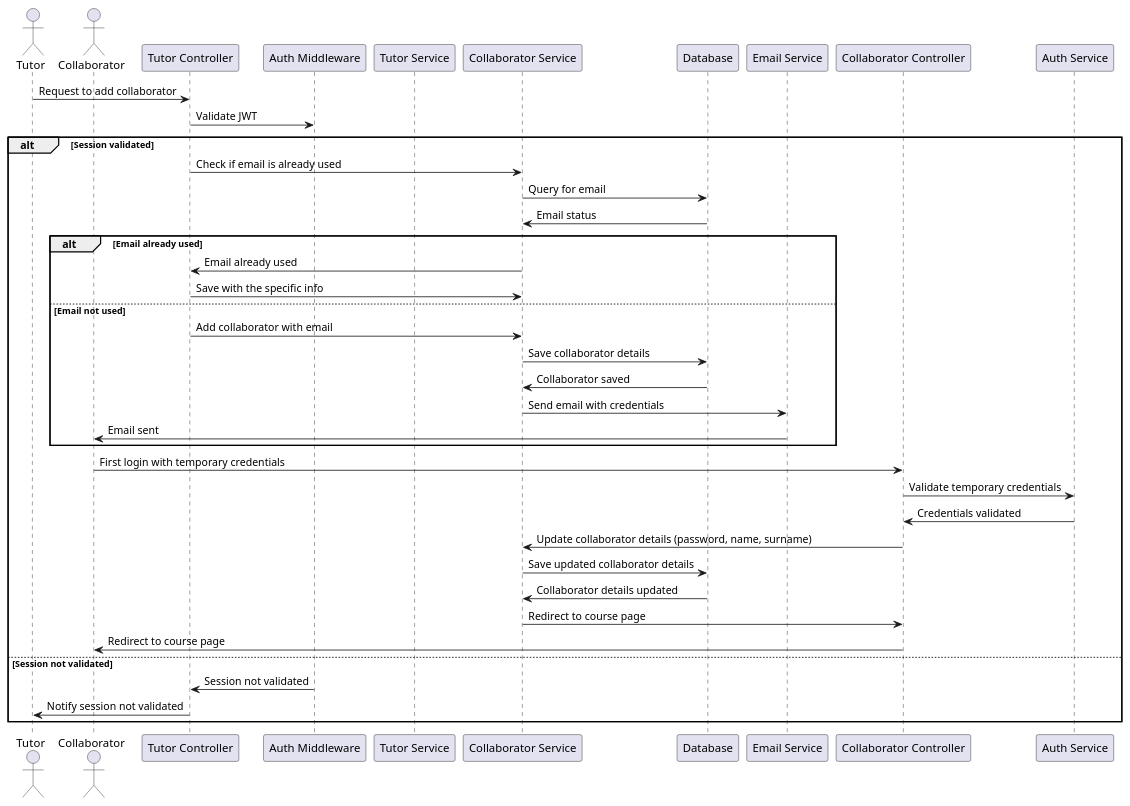
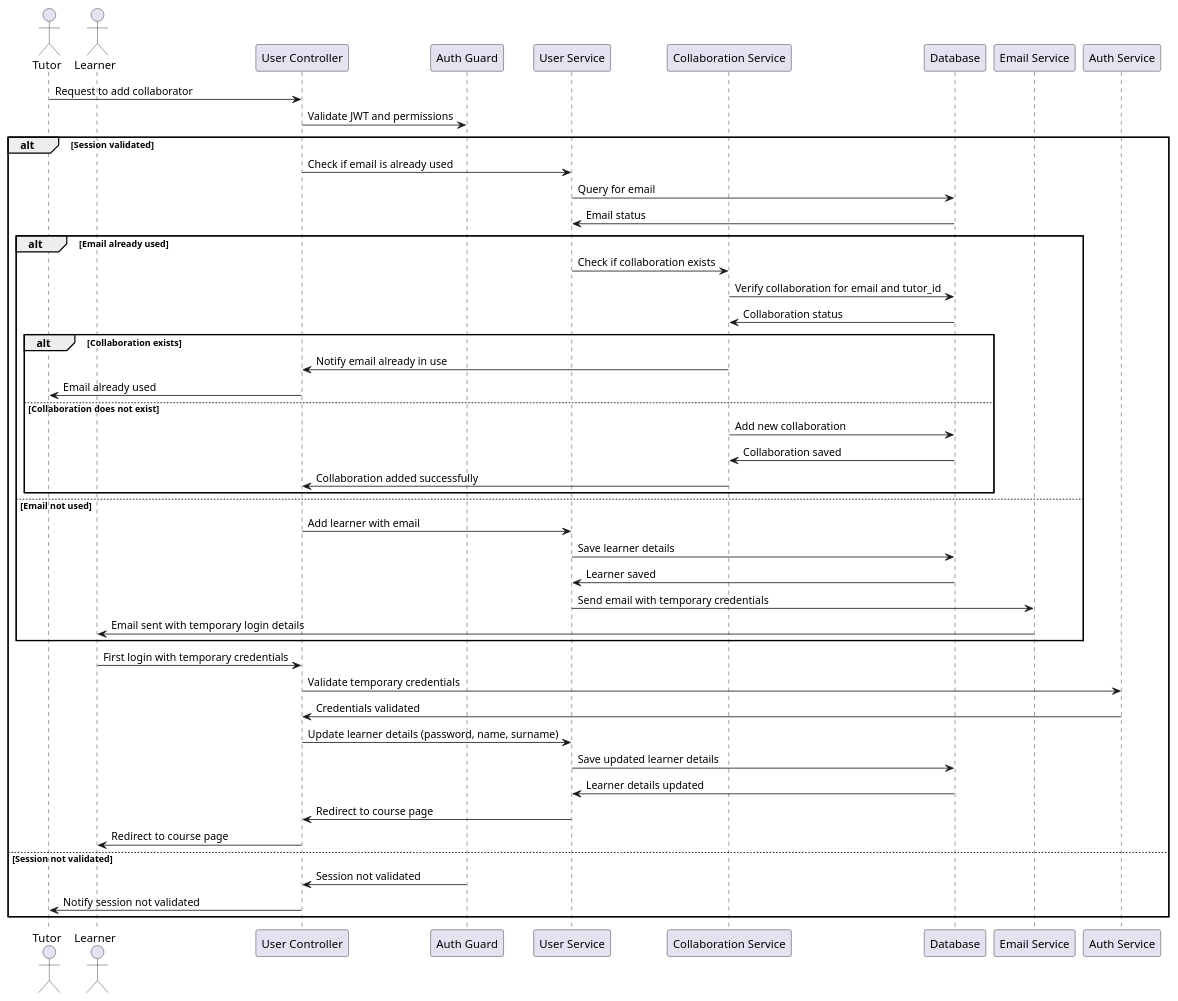
One commit to Davidben75/Elearn_api changed the diagram in UML/sequence/sequence_onboarding.pu. Above: the diagram before and after it, drawn with PlantUML. The commit also changed 3 other files, not shown here.

Commit message:
Update UML

```diff
--- a/UML/sequence/sequence_onboarding.pu
+++ b/UML/sequence/sequence_onboarding.pu
@@ -1,42 +1,51 @@
 @startuml "Sequence onboarding"
 actor Tutor
-actor Collaborator
-participant "Tutor Controller" as TutorController
-participant "Auth Middleware" as AuthMiddleware
-participant "Tutor Service" as TutorService
-participant "Collaborator Service" as CollaboratorService
+actor Learner
+participant "User Controller" as UserController
+participant "Auth Guard" as AuthGuard
+participant "User Service" as UserService
+participant "Collaboration Service" as CollaborationService
 participant "Database" as Database
 participant "Email Service" as EmailService
-participant "Collaborator Controller" as CollaboratorController
 participant "Auth Service" as AuthService
 
-Tutor -> TutorController: Request to add collaborator
-TutorController -> AuthMiddleware: Validate JWT
+Tutor -> UserController: Request to add collaborator
+UserController -> AuthGuard: Validate JWT and permissions
 alt Session validated
-    TutorController -> CollaboratorService: Check if email is already used
-    CollaboratorService -> Database: Query for email
-    Database -> CollaboratorService: Email status
+    UserController -> UserService: Check if email is already used
+    UserService -> Database: Query for email
+    Database -> UserService: Email status
     alt Email already used
-        CollaboratorService -> TutorController: Email already used
-        TutorController -> CollaboratorService: Save with the specific info
+        UserService -> CollaborationService: Check if collaboration exists
+        CollaborationService -> Database: Verify collaboration for email and tutor_id
+        Database -> CollaborationService: Collaboration status
+        alt Collaboration exists
+            CollaborationService -> UserController: Notify email already in use
+            UserController -> Tutor: Email already used
+        else Collaboration does not exist
+            CollaborationService -> Database: Add new collaboration
+            Database -> CollaborationService: Collaboration saved
+            CollaborationService -> UserController: Collaboration added successfully
+        end
     else Email not used
-        TutorController -> CollaboratorService: Add collaborator with email
-        CollaboratorService -> Database: Save collaborator details
-        Database -> CollaboratorService: Collaborator saved
-        CollaboratorService -> EmailService: Send email with credentials
-        EmailService -> Collaborator: Email sent
+        UserController -> UserService: Add learner with email
+        UserService -> Database: Save learner details
+        Database -> UserService: Learner saved
+        UserService -> EmailService: Send email with temporary credentials
+        EmailService -> Learner: Email sent with temporary login details
     end
-    Collaborator -> CollaboratorController: First login with temporary credentials
-    CollaboratorController -> AuthService: Validate temporary credentials
-    AuthService -> CollaboratorController: Credentials validated
-    CollaboratorController -> CollaboratorService: Update collaborator details (password, name, surname)
-    CollaboratorService -> Database: Save updated collaborator details
-    Database -> CollaboratorService: Collaborator details updated
-    CollaboratorService -> CollaboratorController: Redirect to course page
-    CollaboratorController -> Collaborator: Redirect to course page
+
+    Learner -> UserController: First login with temporary credentials
+    UserController -> AuthService: Validate temporary credentials
+    AuthService -> UserController: Credentials validated
+    UserController -> UserService: Update learner details (password, name, surname)
+    UserService -> Database: Save updated learner details
+    Database -> UserService: Learner details updated
+    UserService -> UserController: Redirect to course page
+    UserController -> Learner: Redirect to course page
 else Session not validated
-    AuthMiddleware -> TutorController: Session not validated
-    TutorController -> Tutor: Notify session not validated
+    AuthGuard -> UserController: Session not validated
+    UserController -> Tutor: Notify session not validated
 end
 
 @enduml
```
